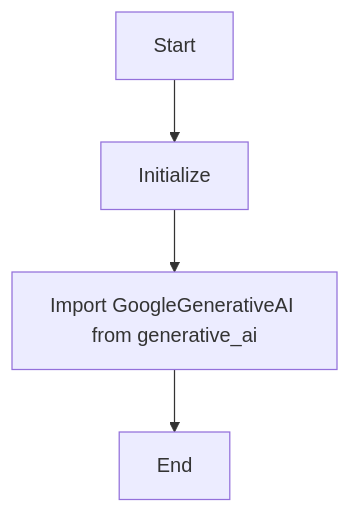
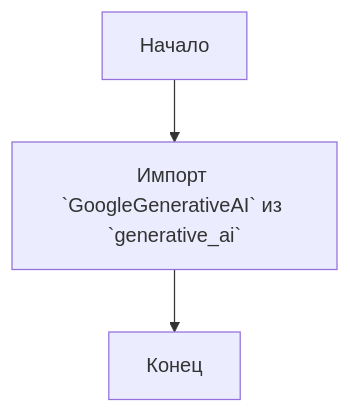
One commit to hypo69/hypo changed the first of 2 diagrams in docs/gemini/ru/explainer/src/ai/gemini/__init__.py.md. Above: the diagram before and after it, drawn with Mermaid. The commit also changed other lines of this file and 1505 other files, not shown here.

````diff
--- a/docs/gemini/ru/explainer/src/ai/gemini/__init__.py.md
+++ b/docs/gemini/ru/explainer/src/ai/gemini/__init__.py.md
@@ -14,6 +10,5 @@
 ```mermaid
 flowchart TD
-    Start --> InitializeMode[Initialize ]
-    InitializeMode --> ImportClass[Import GoogleGenerativeAI from generative_ai]
-    ImportClass --> End
+    Start[Начало] --> ImportModule[Импорт `GoogleGenerativeAI` из `generative_ai`];
+    ImportModule --> End[Конец];
 ```
````
